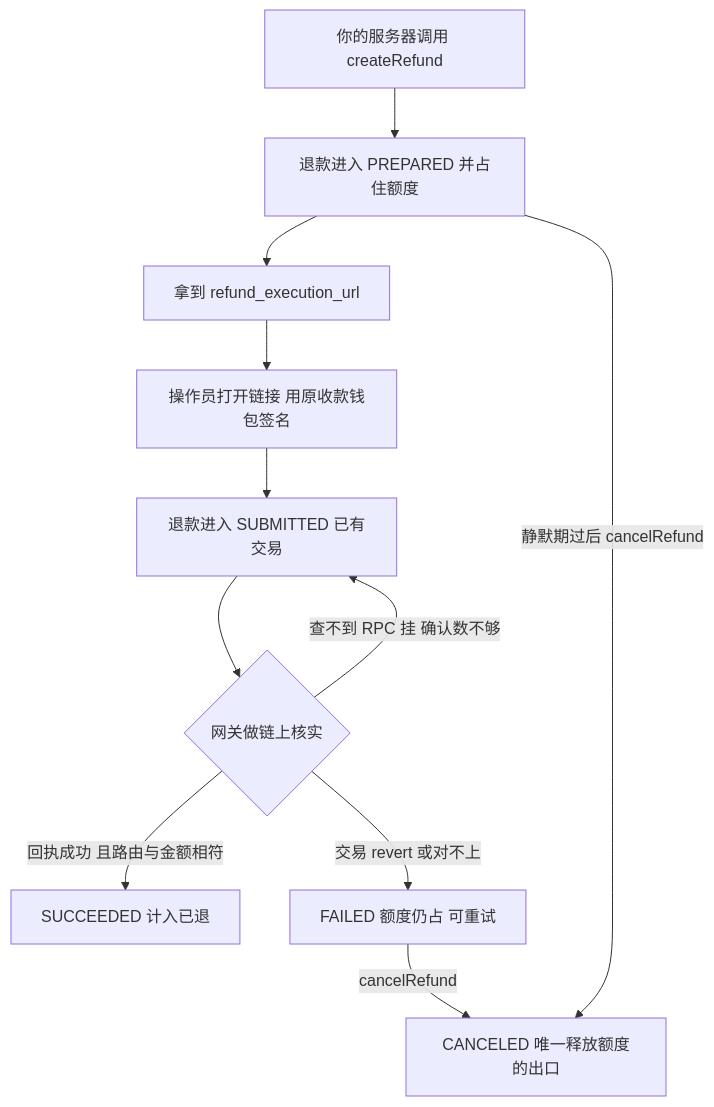
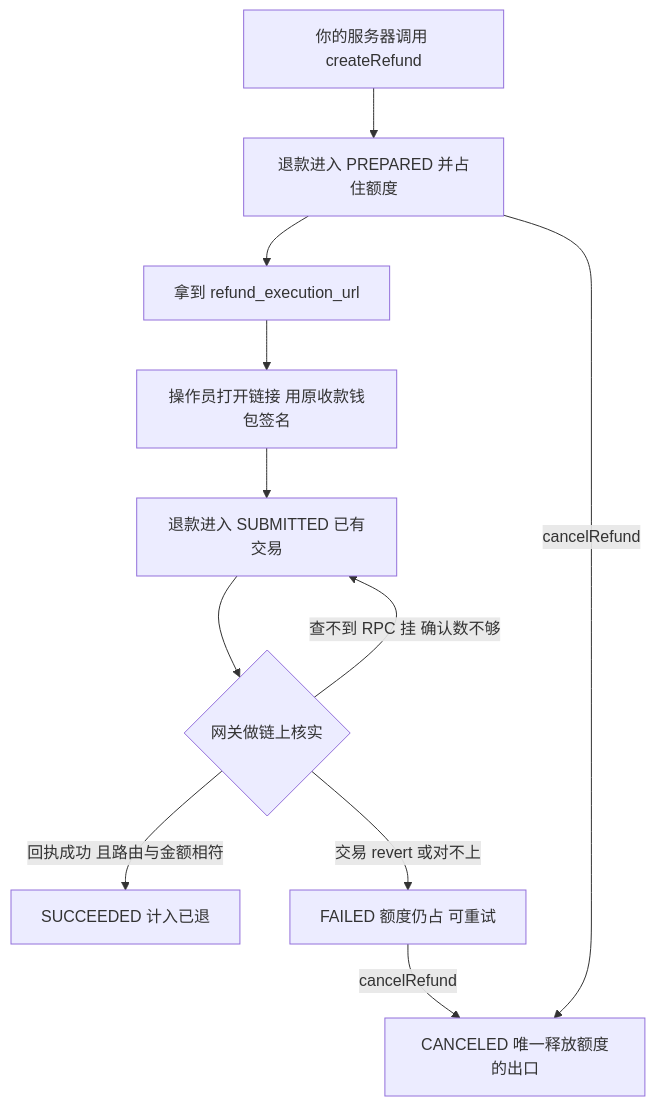
One commit to beclab/Olares changed the diagram in docs/zh/developer/payment/api-reference/refunds.md. Above: the diagram before and after it, drawn with Mermaid. The commit also changed other lines of this file and 5 other files, not shown here.

````diff
--- a/docs/zh/developer/payment/api-reference/refunds.md
+++ b/docs/zh/developer/payment/api-reference/refunds.md
@@ -17,13 +17,13 @@
 ```mermaid
 flowchart TD
     A[你的服务器调用 createRefund] --> B[退款进入 PREPARED 并占住额度]
     B --> C[拿到 refund_execution_url]
     C --> D[操作员打开链接 用原收款钱包签名]
     D --> E[退款进入 SUBMITTED 已有交易]
     E --> F{网关做链上核实}
     F -->|回执成功 且路由与金额相符| G[SUCCEEDED 计入已退]
     F -->|交易 revert 或对不上| H[FAILED 额度仍占 可重试]
     F -->|查不到 RPC 挂 确认数不够| E
-    B -->|静默期过后 cancelRefund| I[CANCELED 唯一释放额度的出口]
+    B -->|cancelRefund| I[CANCELED 唯一释放额度的出口]
     H -->|cancelRefund| I
 ```
````
